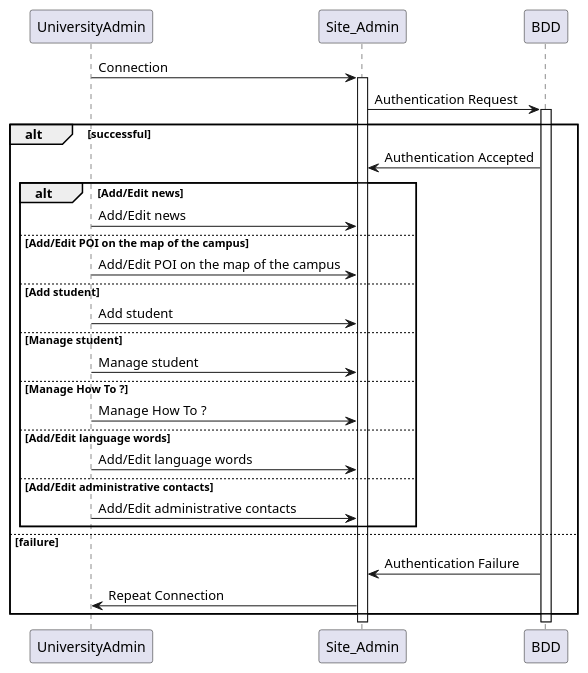
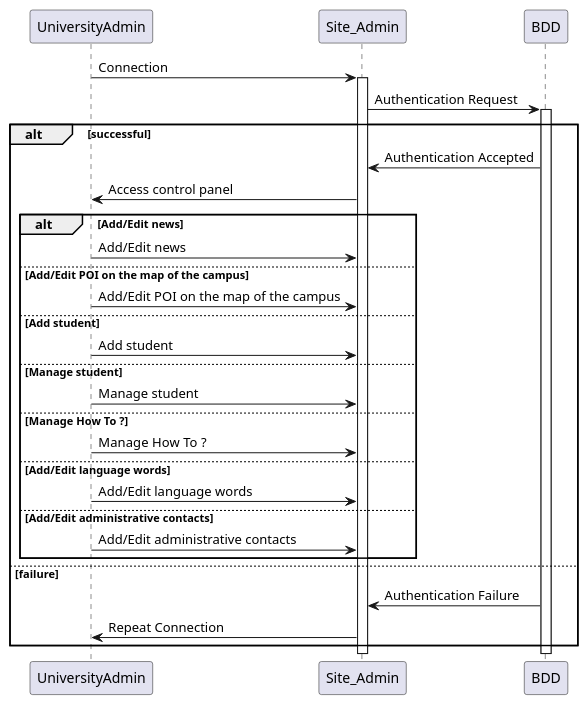
One commit to Miage-Paris-Ouest/m1c20152016-mobonline changed the diagram in diagrams/UniversityAdminSequence.puml. Above: the diagram before and after it, drawn with PlantUML. The commit also changed 3 other files, not shown here.

```diff
--- a/diagrams/UniversityAdminSequence.puml
+++ b/diagrams/UniversityAdminSequence.puml
@@ -1,45 +1,45 @@
 @startuml
 
 UniversityAdmin -> Site_Admin: Connection
 activate Site_Admin
 
 
 Site_Admin -> BDD: Authentication Request
 activate BDD
 
 alt successful
 
     BDD -> Site_Admin: Authentication Accepted
-
+    Site_Admin -> UniversityAdmin : Access control panel
 
         alt Add/Edit news
             UniversityAdmin -> Site_Admin: Add/Edit news
 
         else Add/Edit POI on the map of the campus
             UniversityAdmin -> Site_Admin: Add/Edit POI on the map of the campus
 
         else Add student
              UniversityAdmin -> Site_Admin: Add student
 
         else Manage student
              UniversityAdmin -> Site_Admin: Manage student
 
         else Manage How To ?
              UniversityAdmin -> Site_Admin: Manage How To ?
 
         else Add/Edit language words
              UniversityAdmin -> Site_Admin: Add/Edit language words
 
         else Add/Edit administrative contacts
              UniversityAdmin -> Site_Admin: Add/Edit administrative contacts
 
         end
 
 else failure
 
     BDD -> Site_Admin: Authentication Failure
     Site_Admin->UniversityAdmin : Repeat Connection
 end
 
 
 @enduml
```
